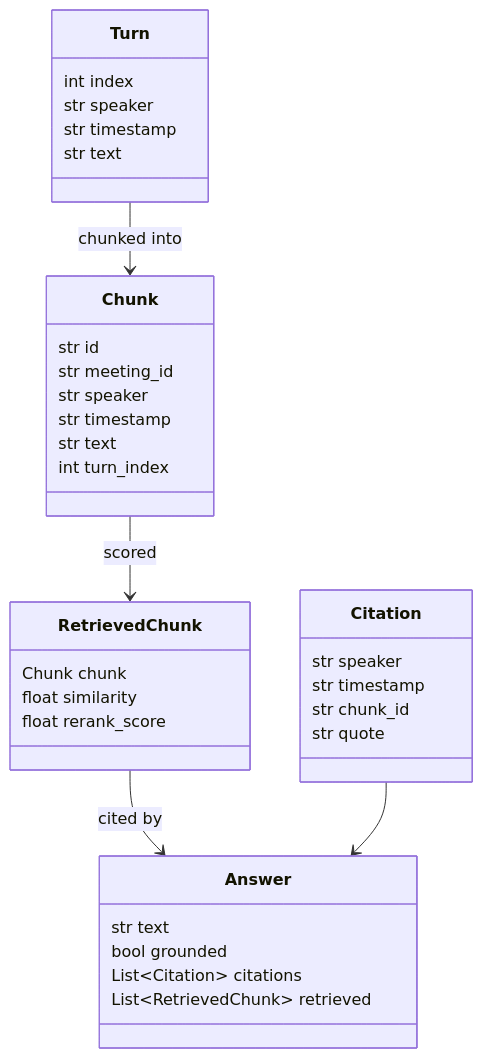
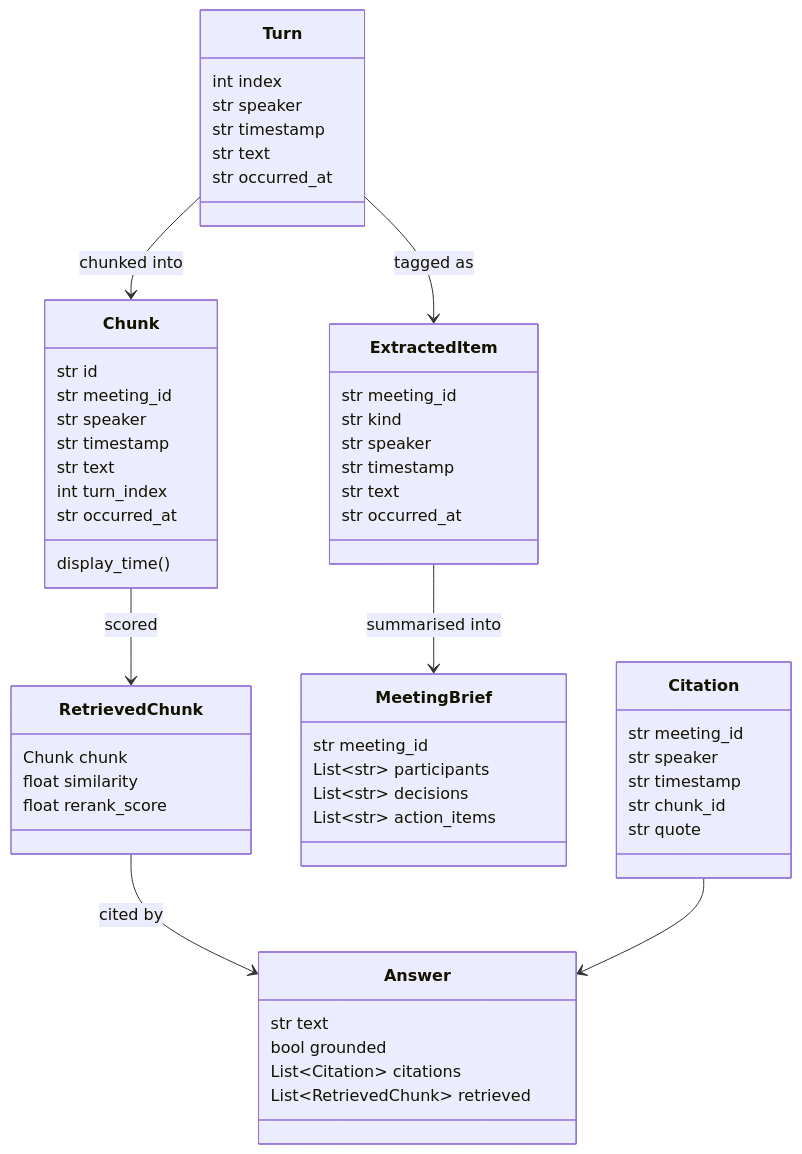
One commit to Farzinkh/newpage_solutions changed the fourth of 5 diagrams in meeting-intelligence/docs/architecture.md. Above: the diagram before and after it, drawn with Mermaid. The commit also changed other lines of this file and 3 other files, not shown here.

First line of the commit message:
docs: bring architecture and READMEs up to date with current features

````diff
--- a/meeting-intelligence/docs/architecture.md
+++ b/meeting-intelligence/docs/architecture.md
@@ -134,38 +152,58 @@
 ```mermaid
 classDiagram
     class Turn {
         int index
         str speaker
         str timestamp
         str text
+        str occurred_at
     }
     class Chunk {
         str id
         str meeting_id
         str speaker
         str timestamp
         str text
         int turn_index
+        str occurred_at
+        display_time()
     }
     class RetrievedChunk {
         Chunk chunk
         float similarity
         float rerank_score
     }
+    class ExtractedItem {
+        str meeting_id
+        str kind
+        str speaker
+        str timestamp
+        str text
+        str occurred_at
+    }
+    class MeetingBrief {
+        str meeting_id
+        List~str~ participants
+        List~str~ decisions
+        List~str~ action_items
+    }
     class Citation {
+        str meeting_id
         str speaker
         str timestamp
         str chunk_id
         str quote
     }
     class Answer {
         str text
         bool grounded
         List~Citation~ citations
         List~RetrievedChunk~ retrieved
     }
     Turn --> Chunk : chunked into
+    Turn --> ExtractedItem : tagged as
     Chunk --> RetrievedChunk : scored
     RetrievedChunk --> Answer : cited by
+    ExtractedItem --> MeetingBrief : summarised into
     Citation --> Answer
 ```
````
